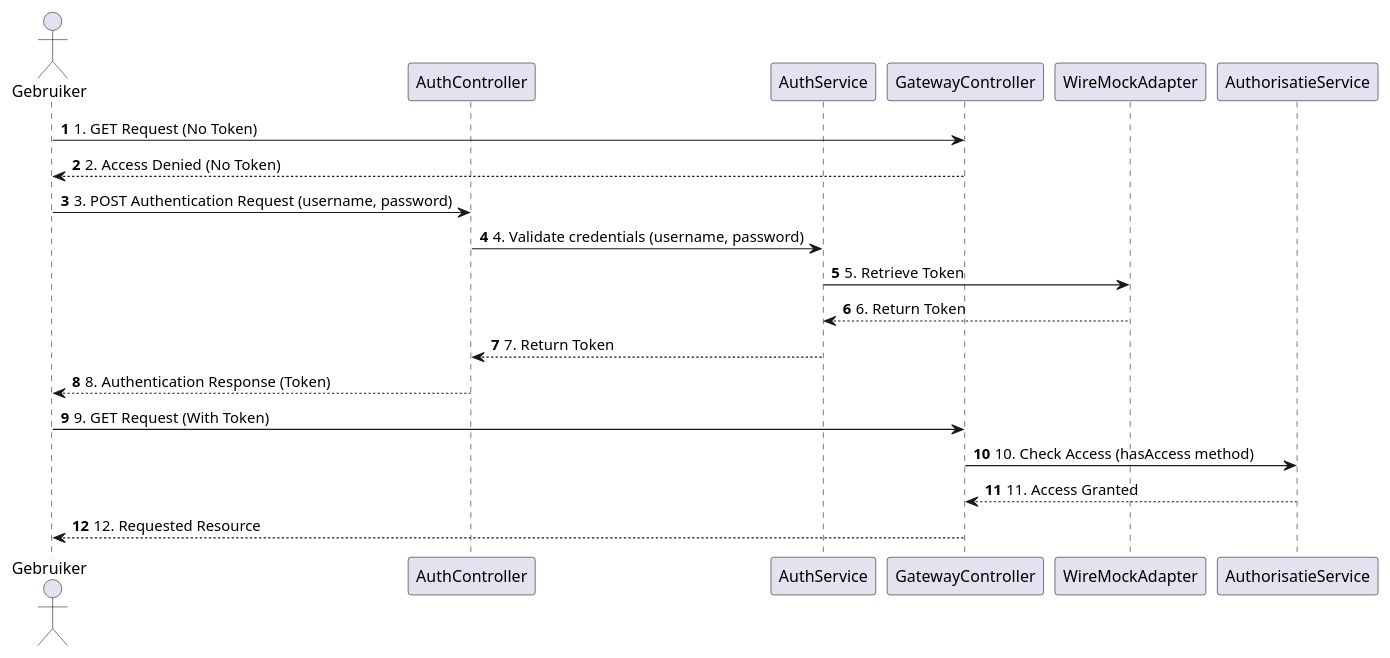
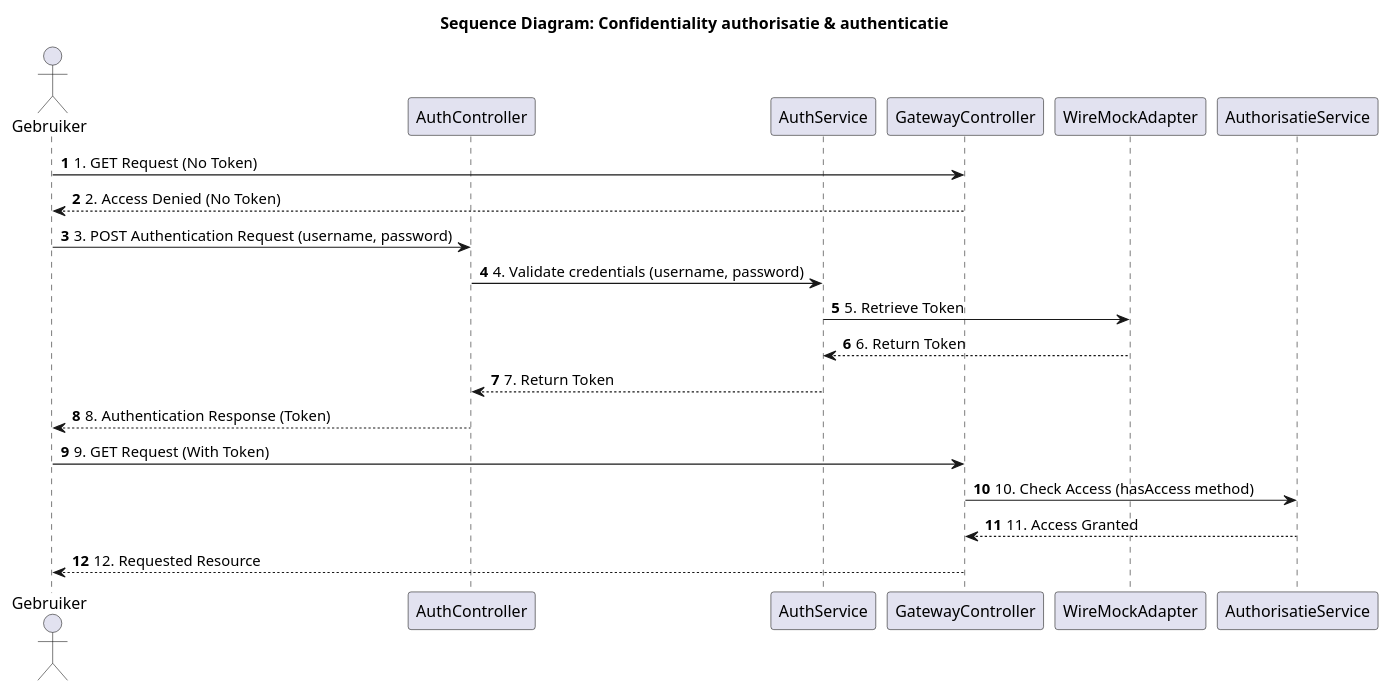
The diagram in opdracht-diagrammen/diagrammen-yousif/sequence-diagram/sequence-confidentiality.puml (AIM-ENE-feb25/triptop-groep-b5), drawn with PlantUML before and after one commit. The commit also changed 2 other files, not shown here.

```diff
--- a/opdracht-diagrammen/diagrammen-yousif/sequence-diagram/sequence-confidentiality.puml
+++ b/opdracht-diagrammen/diagrammen-yousif/sequence-diagram/sequence-confidentiality.puml
@@ -1,26 +1,28 @@
 @startuml
 autonumber
 
 actor Gebruiker as A
+
+title Sequence Diagram: Confidentiality authorisatie & authenticatie
 participant "AuthController" as AuthController
 participant "AuthService" as AuthService
 participant "GatewayController" as GatewayController
 participant "WireMockAdapter" as WireMockAdapter
 participant "AuthorisatieService" as AuthorisatieService
 
 A -> GatewayController : 1. GET Request (No Token)
 GatewayController --> A : 2. Access Denied (No Token)
 
 A -> AuthController : 3. POST Authentication Request (username, password)
 AuthController -> AuthService : 4. Validate credentials (username, password)
 AuthService -> WireMockAdapter : 5. Retrieve Token
 WireMockAdapter --> AuthService : 6. Return Token
 AuthService --> AuthController : 7. Return Token
 AuthController --> A : 8. Authentication Response (Token)
 
 A -> GatewayController : 9. GET Request (With Token)
 GatewayController -> AuthorisatieService : 10. Check Access (hasAccess method)
 AuthorisatieService --> GatewayController : 11. Access Granted
 GatewayController --> A : 12. Requested Resource
 
 @enduml
```
